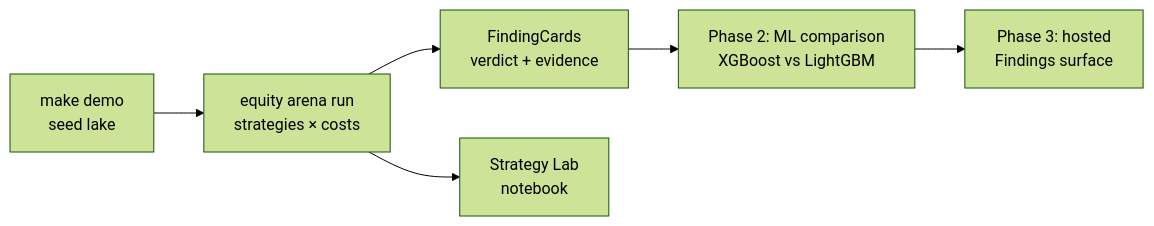
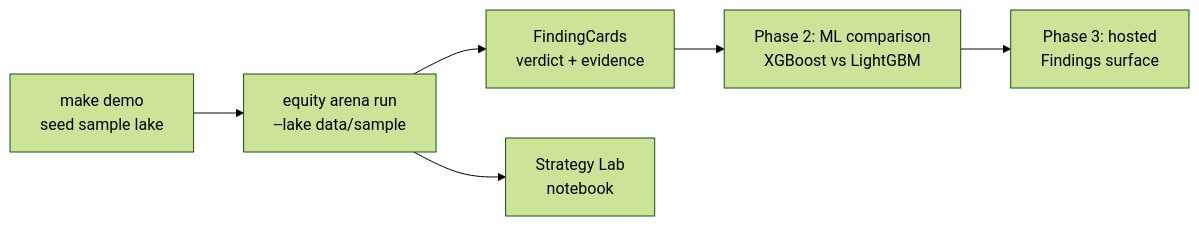
Before and after one commit to minghao51/equity_lake: the first of 2 diagrams in README.md, drawn with Mermaid (forest theme). The commit also changed other lines of this file and 19 other files, not shown here.

First line of the commit message:
feat(demo): make the offline showcase a strict-consumer-readable surface (ADR-0020)

````diff
--- a/README.md
+++ b/README.md
@@ -18,8 +31,8 @@
 ```mermaid
 flowchart LR
-    Seed["make demo<br/>seed lake"] --> Arena["equity arena run<br/>strategies × costs"]
+    Seed["make demo<br/>seed sample lake"] --> Arena["equity arena run<br/>--lake data/sample"]
     Arena --> FC["FindingCards<br/>verdict + evidence"]
     Arena --> NB["Strategy Lab<br/>notebook"]
     FC --> P2["Phase 2: ML comparison<br/>XGBoost vs LightGBM"]
     P2 --> P3["Phase 3: hosted<br/>Findings surface"]
 ```
````
